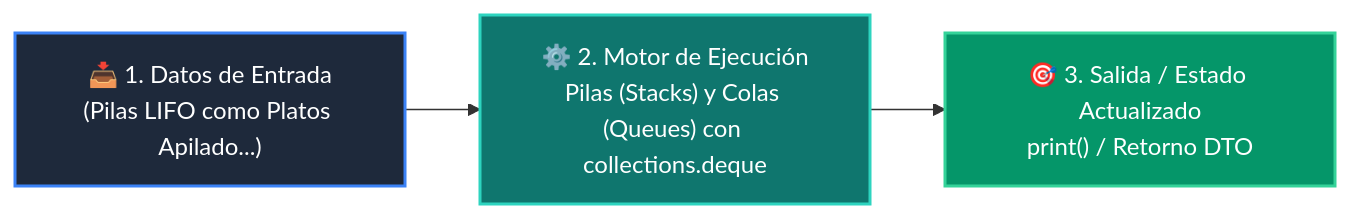
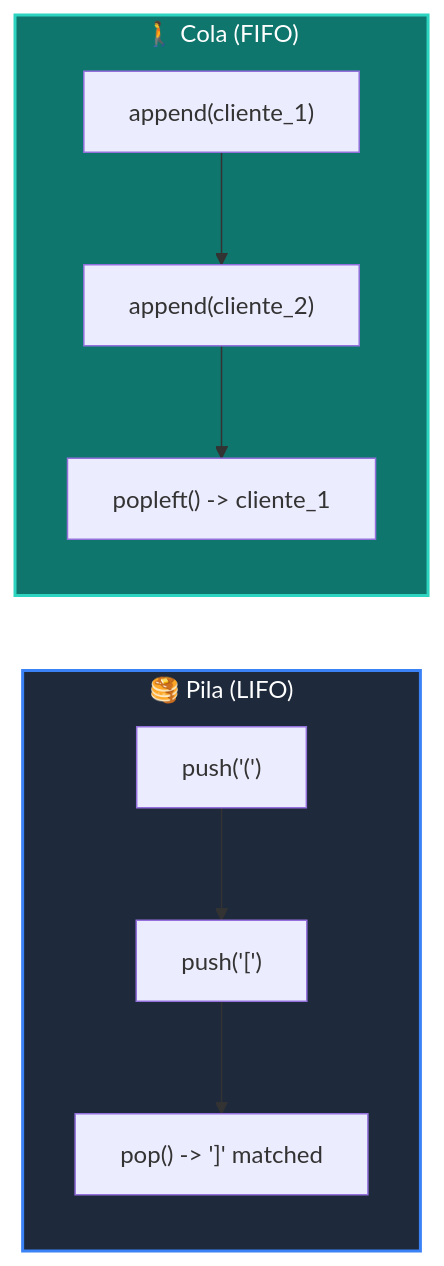
Before and after one commit to wisrovi/wisrovi-python: the diagram in docs/curso-02/clase-02.md, drawn with Mermaid. The commit also changed other lines of this file and 52 other files, not shown here.

````diff
--- a/docs/curso-02/clase-02.md
+++ b/docs/curso-02/clase-02.md
@@ -38,9 +37,11 @@
 ```mermaid
 flowchart LR
-    IN["📥 1. Datos de Entrada<br/>(Pilas LIFO como Platos Apilado...)"] --> ENG["⚙️ 2. Motor de Ejecución<br/>Pilas (Stacks) y Colas (Queues) con collections.deque"]
-    ENG --> OUT["🎯 3. Salida / Estado Actualizado<br/>print() / Retorno DTO"]
-
-    style IN fill:#1e293b,color:#ffffff,stroke:#3b82f6,stroke-width:2px
-    style ENG fill:#0f766e,color:#ffffff,stroke:#2dd4bf,stroke-width:2px
-    style OUT fill:#059669,color:#ffffff,stroke:#34d399,stroke-width:2px
+    subgraph Pila["🥞 Pila (LIFO)"]
+        P1["push('(')"] --> P2["push('[')"] --> P3["pop() -> ']' matched"]
+    end
+    subgraph Cola["🚶 Cola (FIFO)"]
+        Q1["append(cliente_1)"] --> Q2["append(cliente_2)"] --> Q3["popleft() -> cliente_1"]
+    end
+    style Pila fill:#1e293b,color:#ffffff,stroke:#3b82f6,stroke-width:2px
+    style Cola fill:#0f766e,color:#ffffff,stroke:#2dd4bf,stroke-width:2px
 ```
````
